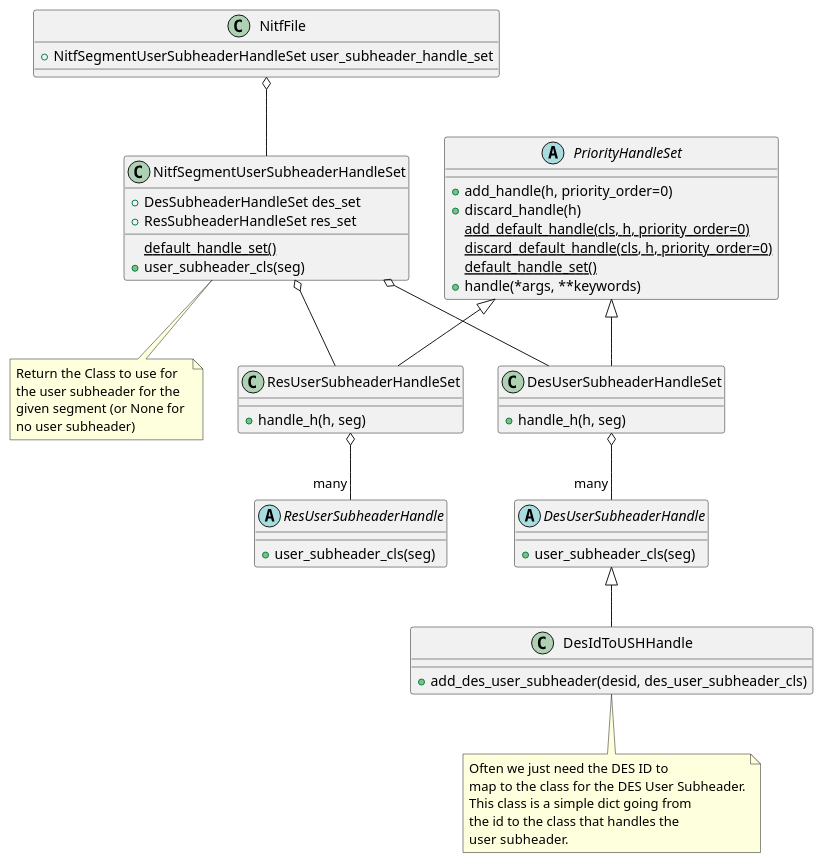
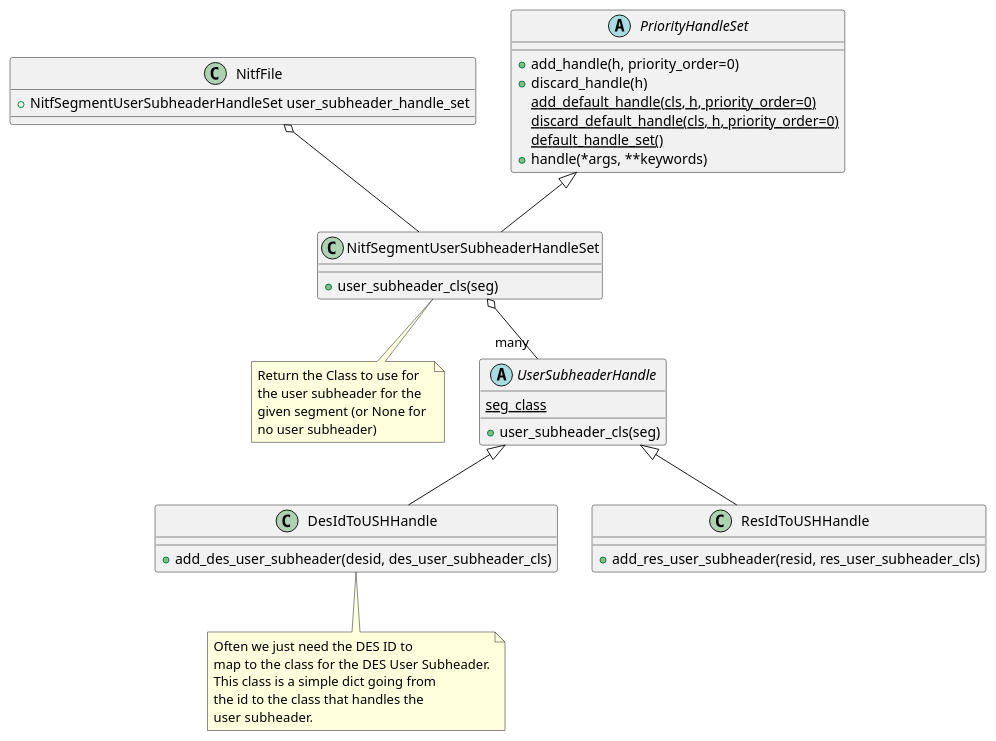
Before and after one commit to Cartography-jpl/pynitf: the fourth of 6 diagrams in doc/nitf_file.rst, drawn with PlantUML. The commit also changed other lines of this file and 1 other file, not shown here.

```diff
--- a/doc/nitf_file.rst
+++ b/doc/nitf_file.rst
@@ -263,64 +270,51 @@
 .. uml::
    :caption: NitfSegmentUserSubheaderHandleSet
 
    class NitfFile {
       +NitfSegmentUserSubheaderHandleSet user_subheader_handle_set
    }
 
    class NitfSegmentUserSubheaderHandleSet {
-      +DesSubheaderHandleSet des_set
-      +ResSubheaderHandleSet res_set
-      {static} default_handle_set()
       +user_subheader_cls(seg)
    }
    note bottom
      Return the Class to use for
      the user subheader for the 
      given segment (or None for 
      no user subheader)
    end note
 
    abstract class PriorityHandleSet {
       +add_handle(h, priority_order=0)
       +discard_handle(h)
       {static} add_default_handle(cls, h, priority_order=0)
       {static} discard_default_handle(cls, h, priority_order=0)
       {static} default_handle_set()
       +handle(*args, **keywords)
    }
    
-   class DesUserSubheaderHandleSet {
-      +handle_h(h, seg)
-   }
-
-   class ResUserSubheaderHandleSet {
-      +handle_h(h, seg)
-   }
-   
-   abstract class DesUserSubheaderHandle {
-      +user_subheader_cls(seg)
-   }
-
-   abstract class ResUserSubheaderHandle {
+   abstract class UserSubheaderHandle {
+      {static} seg_class
       +user_subheader_cls(seg)
    }
 
    class DesIdToUSHHandle {
       +add_des_user_subheader(desid, des_user_subheader_cls)
    }
    note bottom
       Often we just need the DES ID to
       map to the class for the DES User Subheader.
       This class is a simple dict going from
       the id to the class that handles the
       user subheader.
    end note
-   
+
+   class ResIdToUSHHandle {
+      +add_res_user_subheader(resid, res_user_subheader_cls)
+   }
+	     
    NitfFile o--  NitfSegmentUserSubheaderHandleSet
-   NitfSegmentUserSubheaderHandleSet o-- DesUserSubheaderHandleSet
-   NitfSegmentUserSubheaderHandleSet o-- ResUserSubheaderHandleSet
-   DesUserSubheaderHandleSet o-- "many" DesUserSubheaderHandle
-   ResUserSubheaderHandleSet o-- "many" ResUserSubheaderHandle
-   DesUserSubheaderHandle <|-- DesIdToUSHHandle
-   PriorityHandleSet <|-- DesUserSubheaderHandleSet
-   PriorityHandleSet <|-- ResUserSubheaderHandleSet
+   NitfSegmentUserSubheaderHandleSet o-- "many" UserSubheaderHandle
+   UserSubheaderHandle <|-- DesIdToUSHHandle
+   UserSubheaderHandle <|-- ResIdToUSHHandle
+   PriorityHandleSet <|-- NitfSegmentUserSubheaderHandleSet
```
